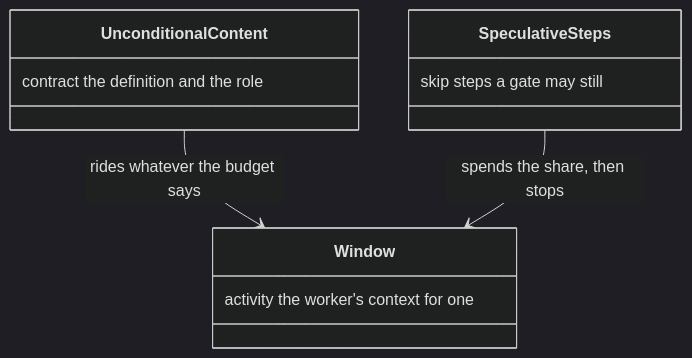
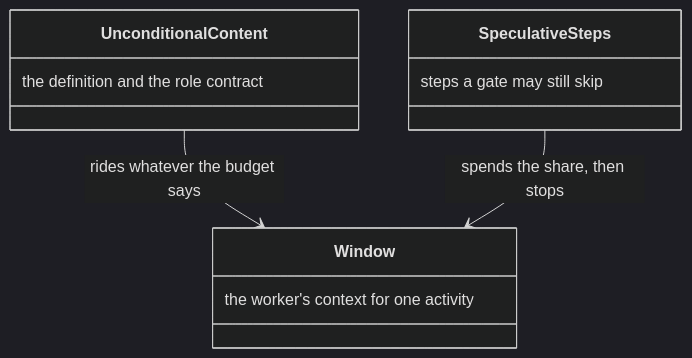
Before and after one commit to m2ux/workflow-server: diagram 14 of 26 in docs/delivery.md, drawn with Mermaid (dark theme). The commit also changed other lines of this file and 10 other files, not shown here.

Commit message:
Write each class-box note in reading order so the diagram shows the phrase as written.

````diff
--- a/docs/delivery.md
+++ b/docs/delivery.md
@@ -322,14 +322,14 @@
 ```mermaid
 classDiagram
   class Window {
-    activity the worker's context for one
+    the worker's context for one activity
   }
   class UnconditionalContent {
-    contract the definition and the role
+    the definition and the role contract
   }
   class SpeculativeSteps {
-    skip steps a gate may still
+    steps a gate may still skip
   }
   UnconditionalContent --> Window : rides whatever the budget says
   SpeculativeSteps --> Window : spends the share, then stops
 ```
````
